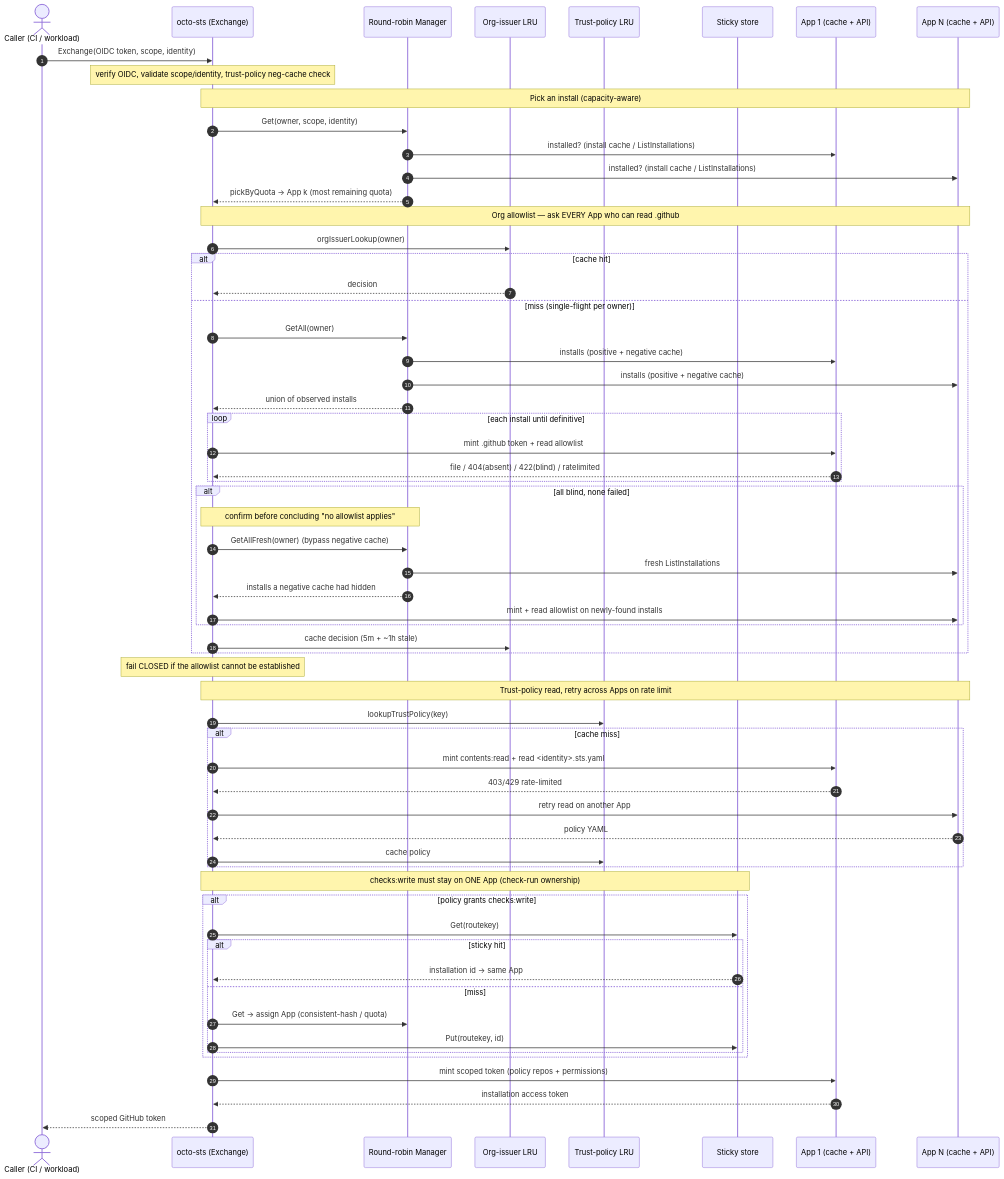
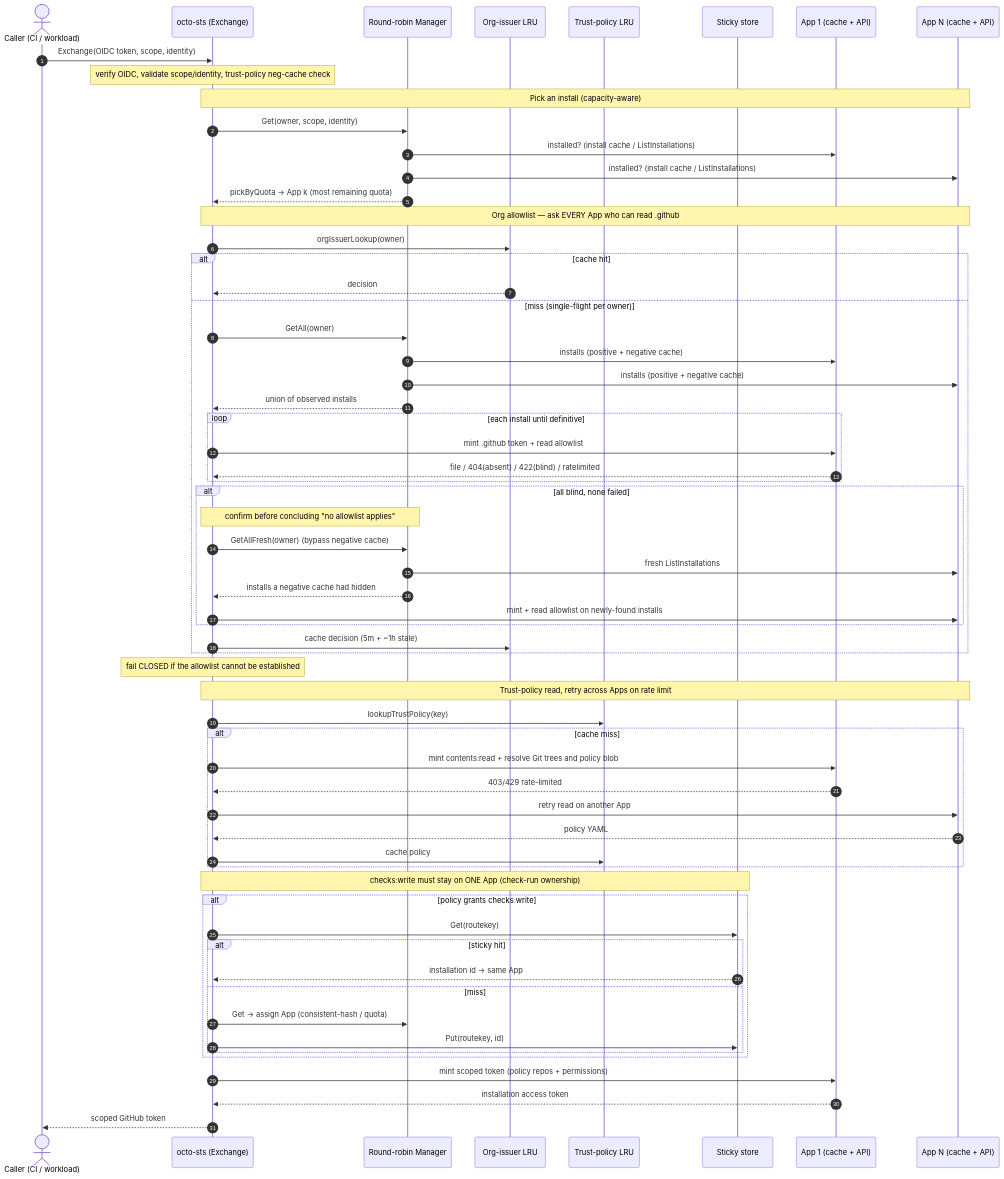
The second of 2 diagrams in docs/architecture.md (octo-sts/app), drawn with Mermaid before and after one commit. The commit also changed other lines of this file and 29 other files, not shown here.

````diff
--- a/docs/architecture.md
+++ b/docs/architecture.md
@@ -86,70 +90,70 @@
 ```mermaid
 sequenceDiagram
     autonumber
     actor C as Caller (CI / workload)
     participant S as octo-sts (Exchange)
     participant RR as Round-robin Manager
     participant OI as Org-issuer LRU
     participant TP as Trust-policy LRU
     participant SK as Sticky store
     participant A1 as App 1 (cache + API)
     participant AN as App N (cache + API)
 
     C->>S: Exchange(OIDC token, scope, identity)
     Note over S: verify OIDC, validate scope/identity, trust-policy neg-cache check
 
     Note over S,AN: Pick an install (capacity-aware)
     S->>RR: Get(owner, scope, identity)
     RR->>A1: installed? (install cache / ListInstallations)
     RR->>AN: installed? (install cache / ListInstallations)
     RR-->>S: pickByQuota → App k (most remaining quota)
 
     Note over S,AN: Org allowlist — ask EVERY App who can read .github
     S->>OI: orgIssuerLookup(owner)
     alt cache hit
         OI-->>S: decision
     else miss (single-flight per owner)
         S->>RR: GetAll(owner)
         RR->>A1: installs (positive + negative cache)
         RR->>AN: installs (positive + negative cache)
         RR-->>S: union of observed installs
         loop each install until definitive
             S->>A1: mint .github token + read allowlist
             A1-->>S: file / 404(absent) / 422(blind) / ratelimited
         end
         alt all blind, none failed
             Note over S,RR: confirm before concluding "no allowlist applies"
             S->>RR: GetAllFresh(owner) (bypass negative cache)
             RR->>AN: fresh ListInstallations
             RR-->>S: installs a negative cache had hidden
             S->>AN: mint + read allowlist on newly-found installs
         end
         S->>OI: cache decision (5m + ~1h stale)
     end
     Note over S: fail CLOSED if the allowlist cannot be established
 
     Note over S,AN: Trust-policy read, retry across Apps on rate limit
     S->>TP: lookupTrustPolicy(key)
     alt cache miss
-        S->>A1: mint contents:read + read <identity>.sts.yaml
+        S->>A1: mint contents:read + resolve Git trees and policy blob
         A1-->>S: 403/429 rate-limited
         S->>AN: retry read on another App
         AN-->>S: policy YAML
         S->>TP: cache policy
     end
 
     Note over S,SK: checks:write must stay on ONE App (check-run ownership)
     alt policy grants checks:write
         S->>SK: Get(routekey)
         alt sticky hit
             SK-->>S: installation id → same App
         else miss
             S->>RR: Get → assign App (consistent-hash / quota)
             S->>SK: Put(routekey, id)
         end
     end
 
     S->>A1: mint scoped token (policy repos + permissions)
     A1-->>S: installation access token
     S-->>C: scoped GitHub token
 ```
````
